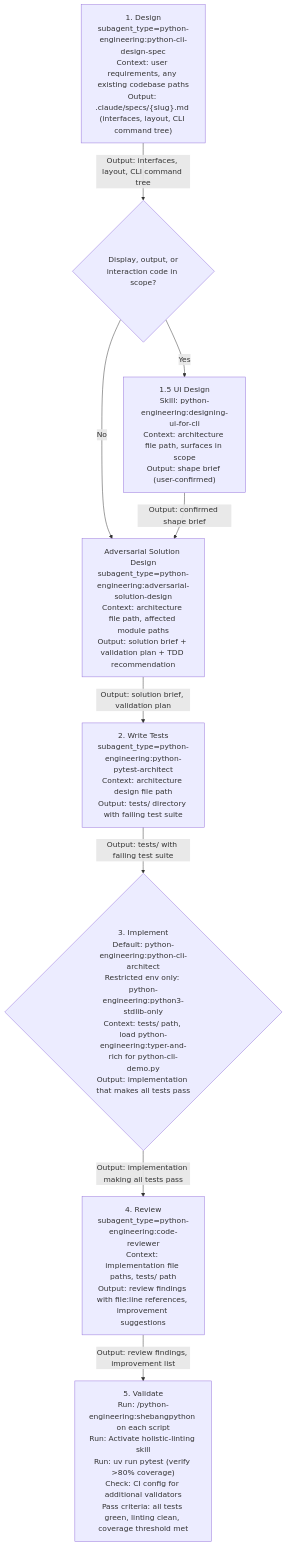
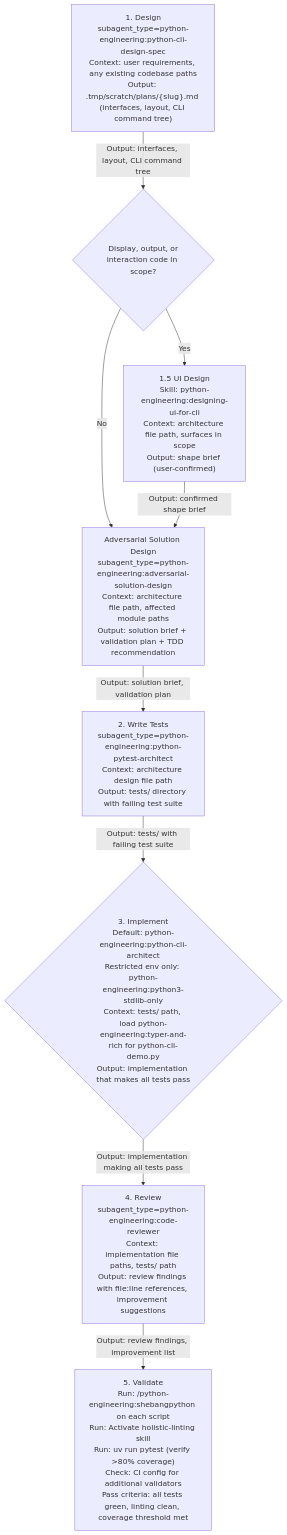
The first of 6 diagrams in plugins/python-engineering/skills/orchestrating-python-development/SKILL.md (Jamie-BitFlight/claude_skills), drawn with Mermaid before and after one commit. The commit also changed other lines of this file, not shown here.

Commit message:
fix(python-engineering): align workflow handoff contracts

````diff
--- a/plugins/python-engineering/skills/orchestrating-python-development/SKILL.md
+++ b/plugins/python-engineering/skills/orchestrating-python-development/SKILL.md
@@ -51,19 +51,19 @@
 ```mermaid
 flowchart TD
-    S1["1. Design<br>subagent_type=python-engineering:python-cli-design-spec<br>Context: user requirements, any existing codebase paths<br>Output: .claude/specs/{slug}.md (interfaces, layout, CLI command tree)"]
+    S1["1. Design<br>subagent_type=python-engineering:python-cli-design-spec<br>Context: user requirements, any existing codebase paths<br>Output: .tmp/scratch/plans/{slug}.md (interfaces, layout, CLI command tree)"]
     S2["2. Write Tests<br>subagent_type=python-engineering:python-pytest-architect<br>Context: architecture design file path<br>Output: tests/ directory with failing test suite"]
     S3{"3. Implement<br>Default: python-engineering:python-cli-architect<br>Restricted env only: python-engineering:python3-stdlib-only<br>Context: tests/ path, load python-engineering:typer-and-rich for python-cli-demo.py<br>Output: implementation that makes all tests pass"}
     S4["4. Review<br>subagent_type=python-engineering:code-reviewer<br>Context: implementation file paths, tests/ path<br>Output: review findings with file:line references, improvement suggestions"]
     S5["5. Validate<br>Run: /python-engineering:shebangpython on each script<br>Run: Activate holistic-linting skill<br>Run: uv run pytest (verify >80% coverage)<br>Check: CI config for additional validators<br>Pass criteria: all tests green, linting clean, coverage threshold met"]
     S1Q{"Display, output, or<br>interaction code in scope?"}
     S1B["1.5 UI Design<br>Skill: python-engineering:designing-ui-for-cli<br>Context: architecture file path, surfaces in scope<br>Output: shape brief (user-confirmed)"]
     S1 -->|"Output: interfaces, layout, CLI command tree"| S1Q
     S_AD["Adversarial Solution Design<br>subagent_type=python-engineering:adversarial-solution-design<br>Context: architecture file path, affected module paths<br>Output: solution brief + validation plan + TDD recommendation"]
     S1Q -->|"No"| S_AD
     S1Q -->|"Yes"| S1B
     S1B -->|"Output: confirmed shape brief"| S_AD
     S_AD -->|"Output: solution brief, validation plan"| S2
     S2 -->|"Output: tests/ with failing test suite"| S3
     S3 -->|"Output: implementation making all tests pass"| S4
     S4 -->|"Output: review findings, improvement list"| S5
 ```
````
